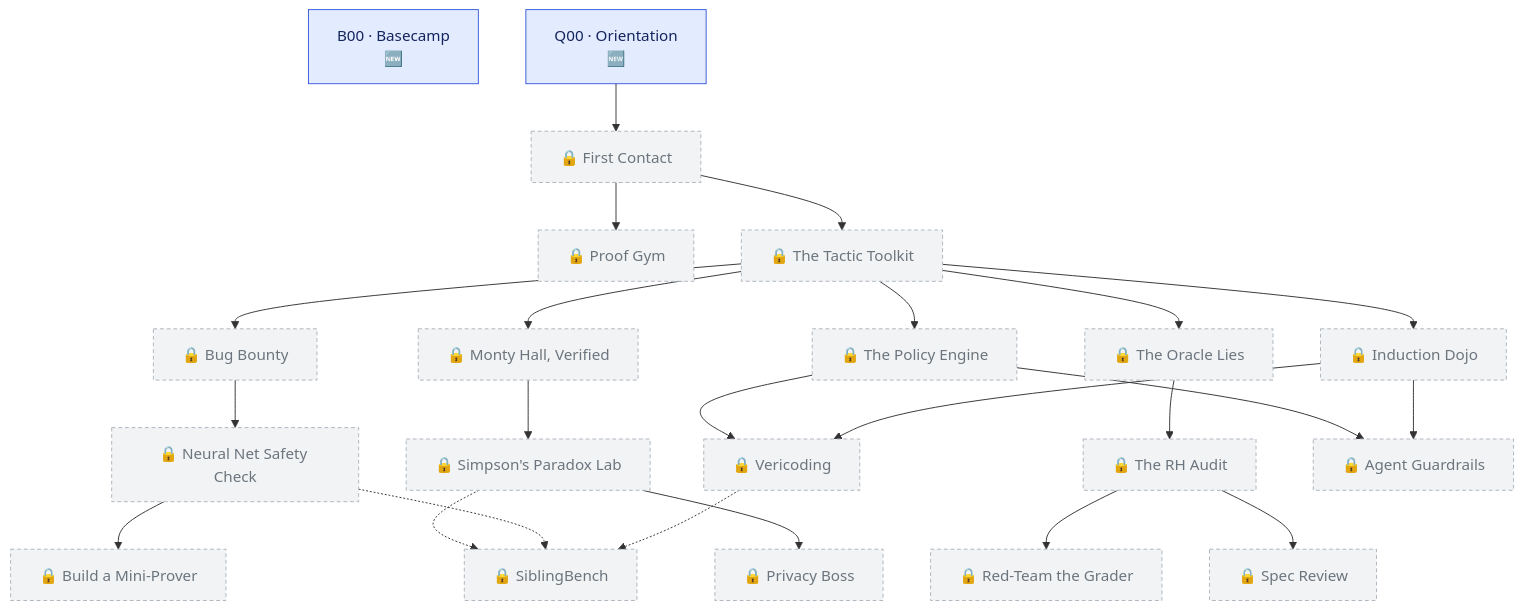
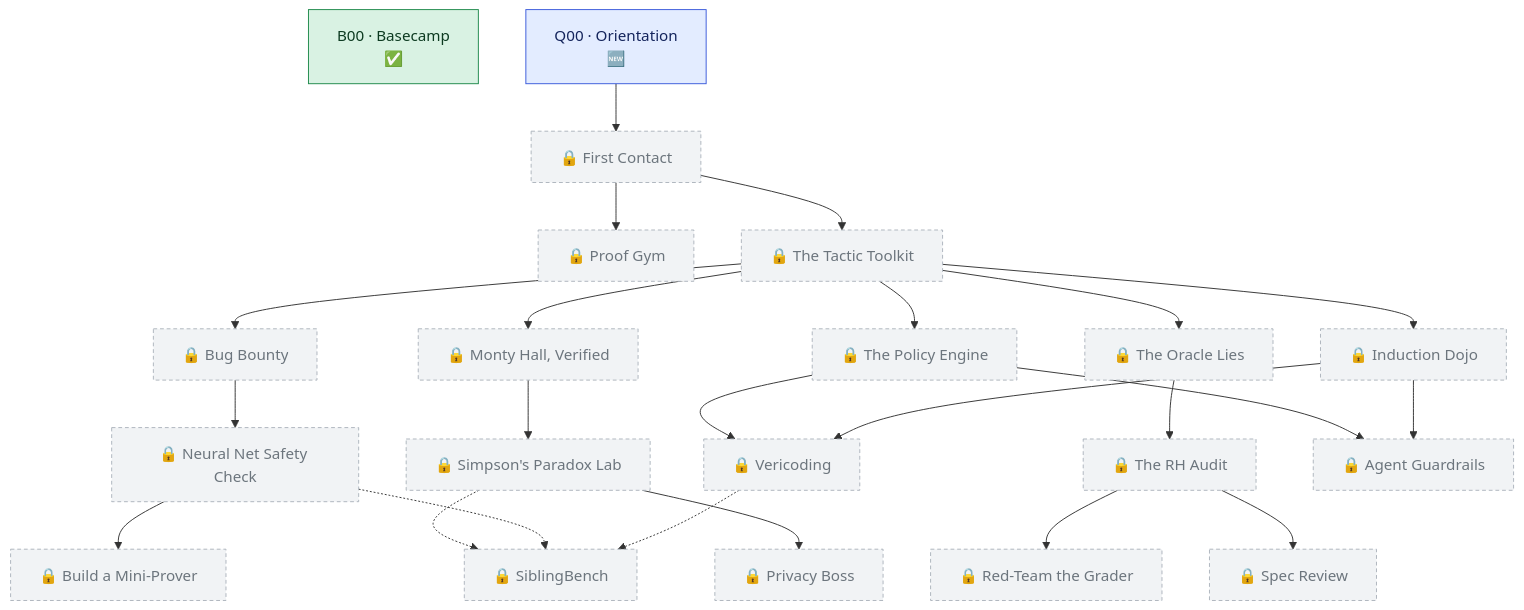
Before and after one commit to cocteau834/lean4-ai-verification: the diagram in Players/Jonathan/MAP.md, drawn with Mermaid. The commit also changed other lines of this file and 3 other files, not shown here.

````diff
--- a/Players/Jonathan/MAP.md
+++ b/Players/Jonathan/MAP.md
@@ -39,49 +41,51 @@
 ```mermaid
 flowchart TD
-  B00["B00 · Basecamp<br/>🆕"]
+  B00["B00 · Basecamp<br/>✅"]
   Q00["Q00 · Orientation<br/>🆕"]
   Q01["🔒 First Contact"]
   T0["🔒 Proof Gym"]
   Q02["🔒 The Tactic Toolkit"]
   Q03["🔒 Induction Dojo"]
   Q04["🔒 The Oracle Lies"]
   Q05["🔒 The RH Audit"]
   Q06["🔒 Spec Review"]
   Q07["🔒 Red-Team the Grader"]
   S1["🔒 Monty Hall, Verified"]
   S2["🔒 Simpson's Paradox Lab"]
   S3["🔒 Privacy Boss"]
   A1["🔒 Bug Bounty"]
   A2["🔒 Neural Net Safety Check"]
   A3["🔒 Build a Mini-Prover"]
   V1["🔒 The Policy Engine"]
   V2["🔒 Vericoding"]
   V3["🔒 Agent Guardrails"]
   CAPSTONE["🔒 SiblingBench"]
   Q00 --> Q01
   Q01 --> T0
   Q01 --> Q02
   Q02 --> Q03
   Q02 --> Q04
   Q04 --> Q05
   Q05 --> Q06
   Q05 --> Q07
   Q02 --> S1
   S1 --> S2
   S2 --> S3
   Q02 --> A1
   A1 --> A2
   A2 --> A3
   Q02 --> V1
   V1 --> V2
   Q03 --> V2
   V1 --> V3
   Q03 --> V3
   S2 -.-> CAPSTONE
   A2 -.-> CAPSTONE
   V2 -.-> CAPSTONE
+  classDef cleared fill:#d9f2e3,stroke:#1f8a4c,color:#0d3b21
+  class B00 cleared
   classDef new fill:#e3ecff,stroke:#3b5bdb,color:#14245c
-  class B00,Q00 new
+  class Q00 new
   classDef locked fill:#f1f3f5,stroke:#adb5bd,color:#6c757d,stroke-dasharray: 4 3
   class Q01,T0,Q02,Q03,Q04,Q05,Q06,Q07,S1,S2,S3,A1,A2,A3,V1,V2,V3,CAPSTONE locked
 ```
````
